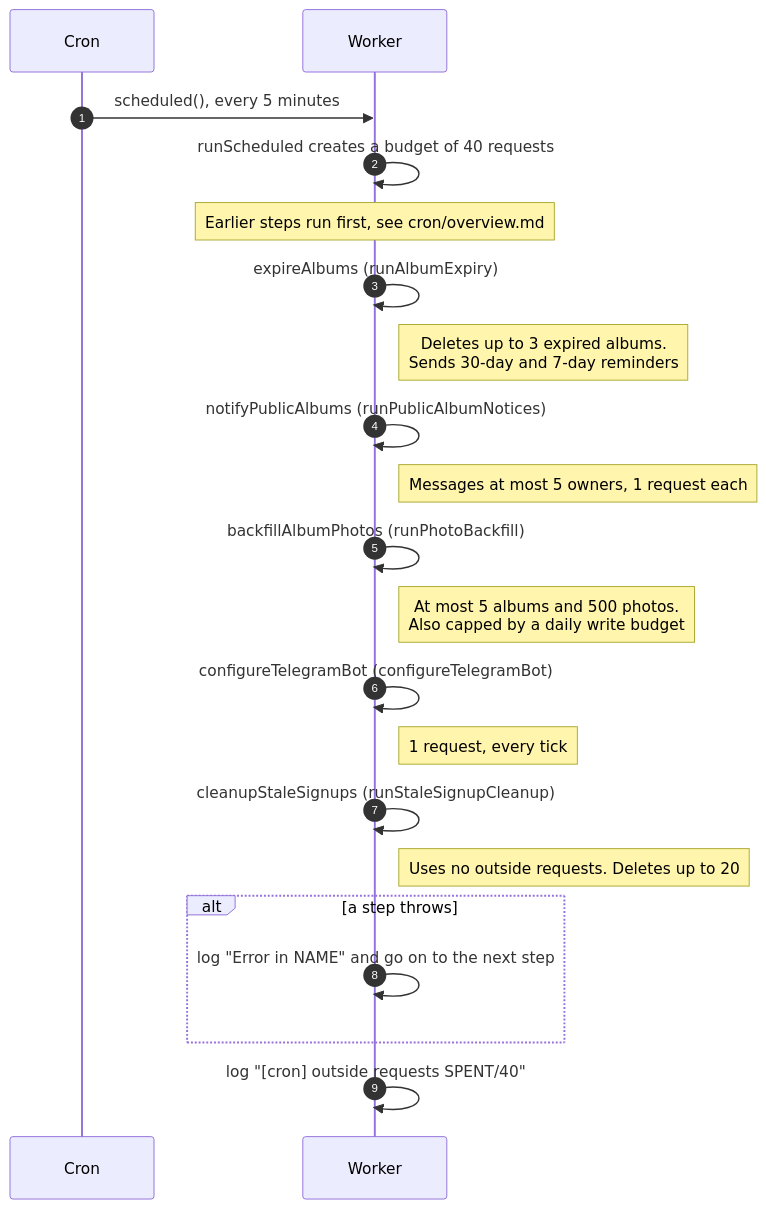
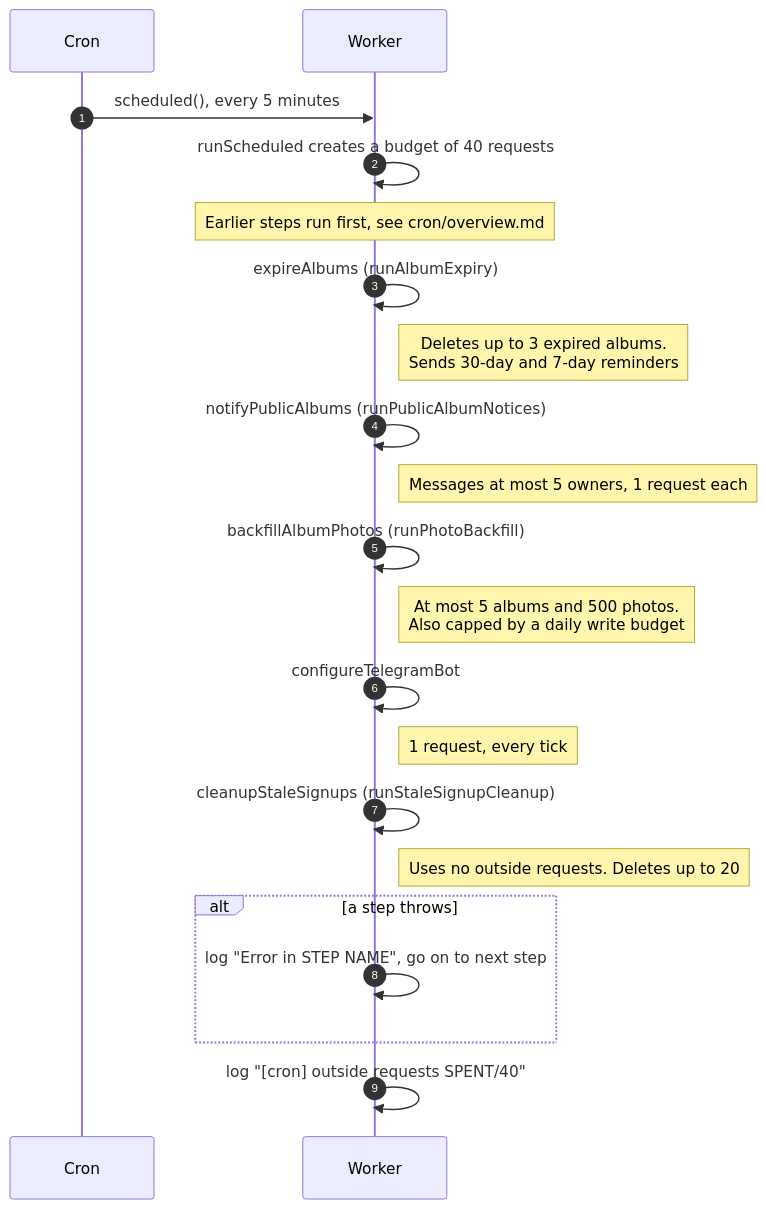
The diagram in docs/scenarios/cron/albums-and-housekeeping/run-order.md (sagyzdop/meriksirat), drawn with Mermaid before and after one commit. The commit also changed other lines of this file and 10 other files, not shown here.

Commit message:
docs(scenarios): verify cron albums-and-housekeeping diagrams against code

````diff
--- a/docs/scenarios/cron/albums-and-housekeeping/run-order.md
+++ b/docs/scenarios/cron/albums-and-housekeeping/run-order.md
@@ -26,23 +29,23 @@
 ```mermaid
 sequenceDiagram
     autonumber
     participant Cron
     participant Worker
     Cron->>Worker: scheduled(), every 5 minutes
     Worker->>Worker: runScheduled creates a budget of 40 requests
     Note over Worker: Earlier steps run first, see cron/overview.md
     Worker->>Worker: expireAlbums (runAlbumExpiry)
     Note right of Worker: Deletes up to 3 expired albums.<br/>Sends 30-day and 7-day reminders
     Worker->>Worker: notifyPublicAlbums (runPublicAlbumNotices)
     Note right of Worker: Messages at most 5 owners, 1 request each
     Worker->>Worker: backfillAlbumPhotos (runPhotoBackfill)
     Note right of Worker: At most 5 albums and 500 photos.<br/>Also capped by a daily write budget
-    Worker->>Worker: configureTelegramBot (configureTelegramBot)
+    Worker->>Worker: configureTelegramBot
     Note right of Worker: 1 request, every tick
     Worker->>Worker: cleanupStaleSignups (runStaleSignupCleanup)
     Note right of Worker: Uses no outside requests. Deletes up to 20
     alt a step throws
-        Worker->>Worker: log "Error in NAME" and go on to the next step
+        Worker->>Worker: log "Error in STEP NAME", go on to next step
     end
     Worker->>Worker: log "[cron] outside requests SPENT/40"
 ```
````
